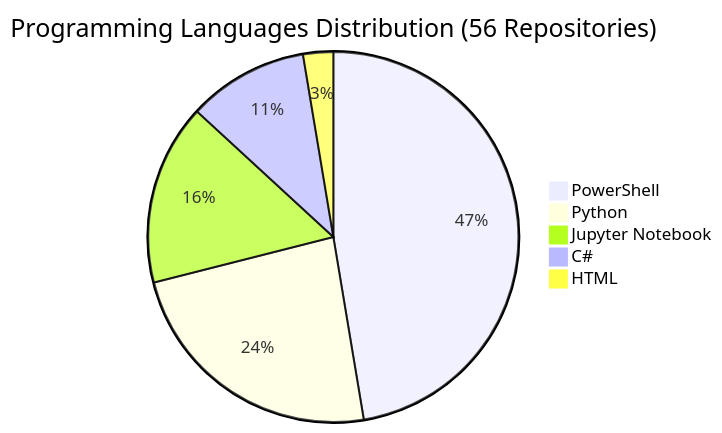
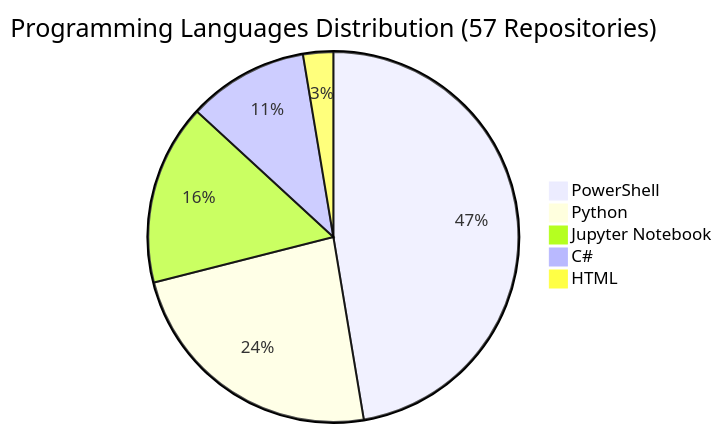
Before and after one commit to fabioc-aloha/fabioc-aloha: the diagram in REPOS.md, drawn with Mermaid. The commit also changed other lines of this file and 1 other file, not shown here.

````diff
--- a/REPOS.md
+++ b/REPOS.md
@@ -134,8 +134,8 @@
 ```mermaid
-pie title Programming Languages Distribution (56 Repositories)
+pie title Programming Languages Distribution (57 Repositories)
     "PowerShell" : 18
     "Python" : 9
     "Jupyter Notebook" : 6
     "C#" : 4
     "HTML" : 1
 ```
````
